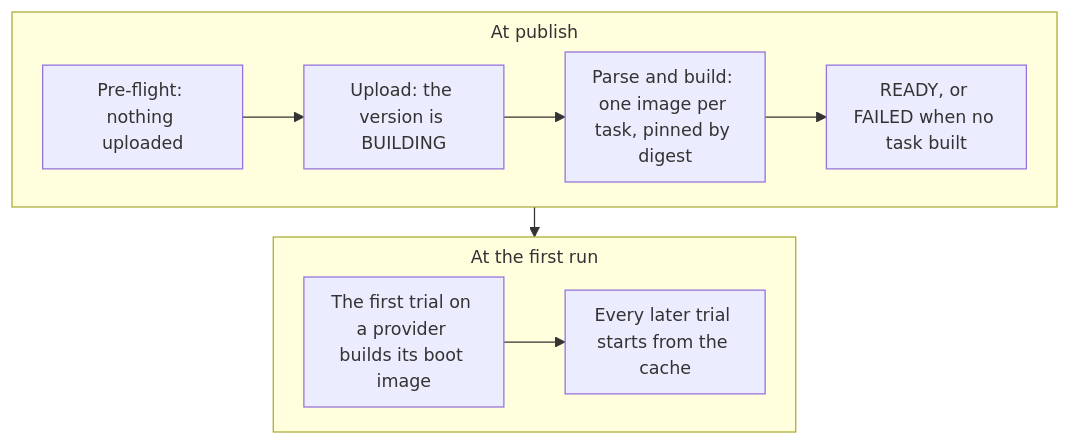
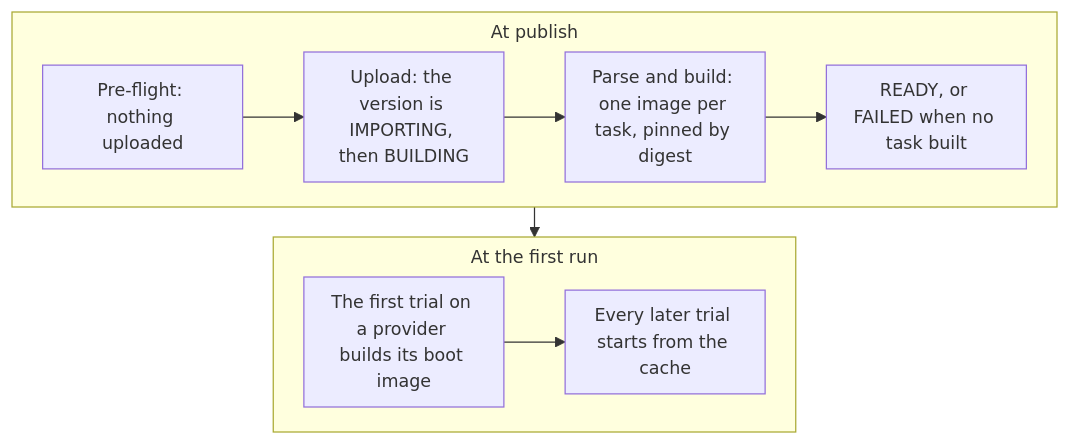
The diagram in docs-mintlify/core-concepts/datasets.mdx (evolving-machines-lab/evolve), drawn with Mermaid before and after one commit. The commit also changed other lines of this file and 2 other files, not shown here.

Commit message:
docs-mintlify: tab-bar cluster placed on first paint with retries, pagination hairline, IMPORTING then BUILDING on publish

````diff
--- a/docs-mintlify/core-concepts/datasets.mdx
+++ b/docs-mintlify/core-concepts/datasets.mdx
@@ -64,15 +64,15 @@
 ```mermaid
 %%{init: {"themeVariables": {"fontSize": "14px", "fontFamily": "Google Sans Flex, sans-serif"}, "flowchart": {"nodeSpacing": 20, "rankSpacing": 24, "padding": 10, "wrappingWidth": 120, "subGraphTitleMargin": {"top": 6, "bottom": 6}}}}%%
 flowchart TB
   subgraph PUB[At publish]
     direction LR
-    P[Pre-flight: nothing uploaded] --> U[Upload: the version is BUILDING]
+    P[Pre-flight: nothing uploaded] --> U[Upload: the version is IMPORTING, then BUILDING]
     U --> B[Parse and build: one image per task, pinned by digest]
     B --> RD[READY, or FAILED when no task built]
   end
   subgraph RUN[At the first run]
     direction LR
     F[The first trial on a provider builds its boot image] --> L[Every later trial starts from the cache]
   end
   PUB --> RUN
 ```
````
